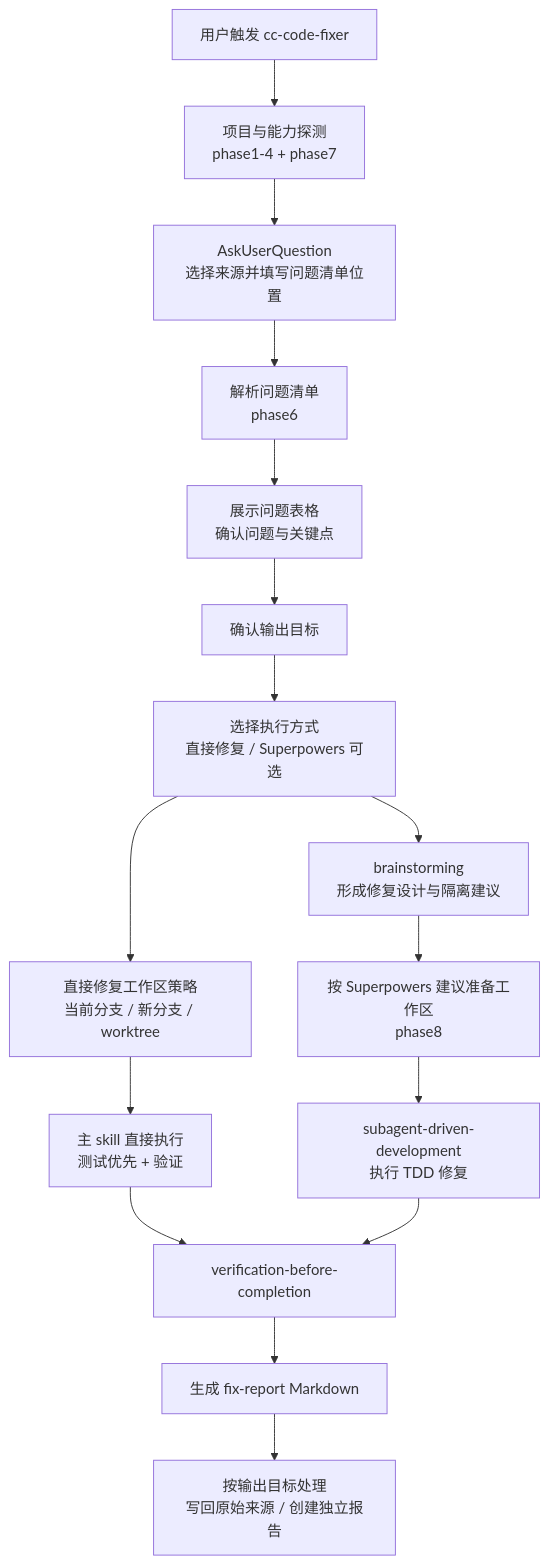
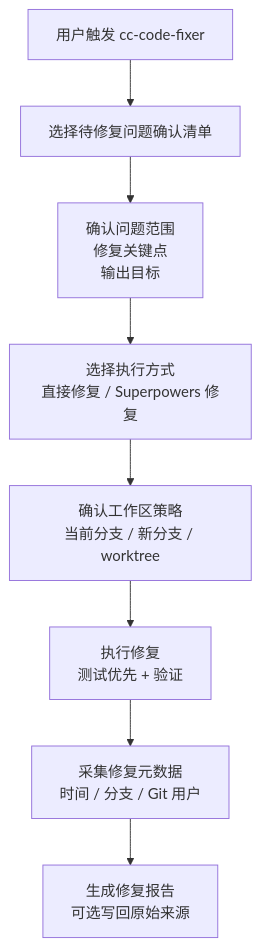
The third of 3 diagrams in README.md (ataskite/cc-code-reviewer), drawn with Mermaid before and after one commit. The commit also changed other lines of this file and 2 other files, not shown here.

````diff
--- a/README.md
+++ b/README.md
@@ -331,34 +82,19 @@
 ```mermaid
 flowchart TD
     Start["用户触发 cc-code-fixer"]
-    Project["项目与能力探测<br/>phase1-4 + phase7"]
-    InputAsk["AskUserQuestion<br/>选择来源并填写问题清单位置"]
-    Input["解析问题清单<br/>phase6"]
-    Confirm["展示问题表格<br/>确认问题与关键点"]
-    Output["确认输出目标"]
-    Route["选择执行方式<br/>直接修复 / Superpowers 可选"]
-    DirectWorkspace["直接修复工作区策略<br/>当前分支 / 新分支 / worktree"]
-    DirectFix["主 skill 直接执行<br/>测试优先 + 验证"]
-    Brainstorm["brainstorming<br/>形成修复设计与隔离建议"]
-    Workspace["按 Superpowers 建议准备工作区<br/>phase8"]
-    SubAgentDriven["subagent-driven-development<br/>执行 TDD 修复"]
-    Verify["verification-before-completion"]
-    Report["生成 fix-report Markdown"]
-    Target["按输出目标处理<br/>写回原始来源 / 创建独立报告"]
+    Source["选择待修复问题确认清单"]
+    Confirm["确认问题范围<br/>修复关键点<br/>输出目标"]
+    Route["选择执行方式<br/>直接修复 / Superpowers 修复"]
+    Workspace["确认工作区策略<br/>当前分支 / 新分支 / worktree"]
+    Repair["执行修复<br/>测试优先 + 验证"]
+    Metadata["采集修复元数据<br/>时间 / 分支 / Git 用户"]
+    Output["生成修复报告<br/>可选写回原始来源"]
 
-    Start --> Project
-    Project --> InputAsk
-    InputAsk --> Input
-    Input --> Confirm
-    Confirm --> Output
-    Output --> Route
-    Route --> DirectWorkspace
-    DirectWorkspace --> DirectFix
-    DirectFix --> Verify
-    Route --> Brainstorm
-    Brainstorm --> Workspace
-    Workspace --> SubAgentDriven
-    SubAgentDriven --> Verify
-    Verify --> Report
-    Report --> Target
+    Start --> Source
+    Source --> Confirm
+    Confirm --> Route
+    Route --> Workspace
+    Workspace --> Repair
+    Repair --> Metadata
+    Metadata --> Output
 ```
````
